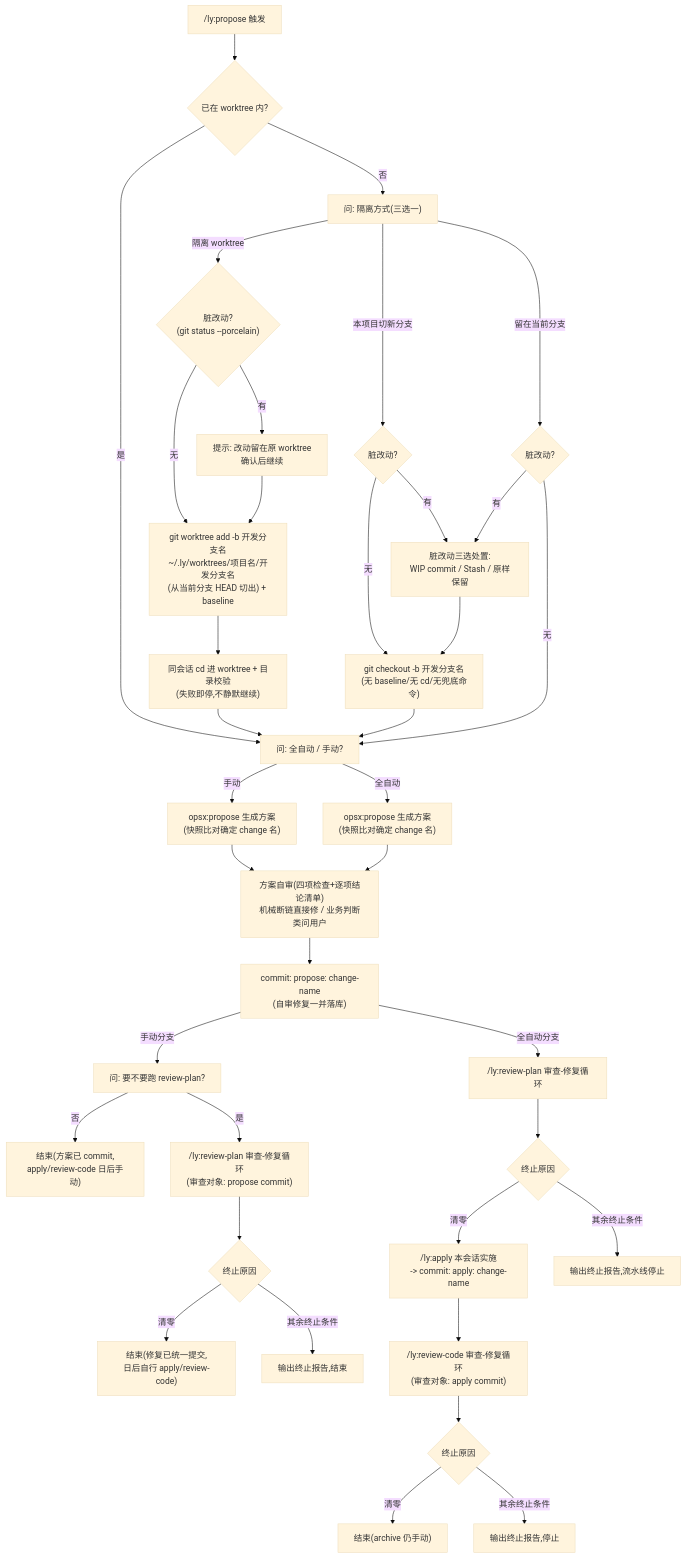
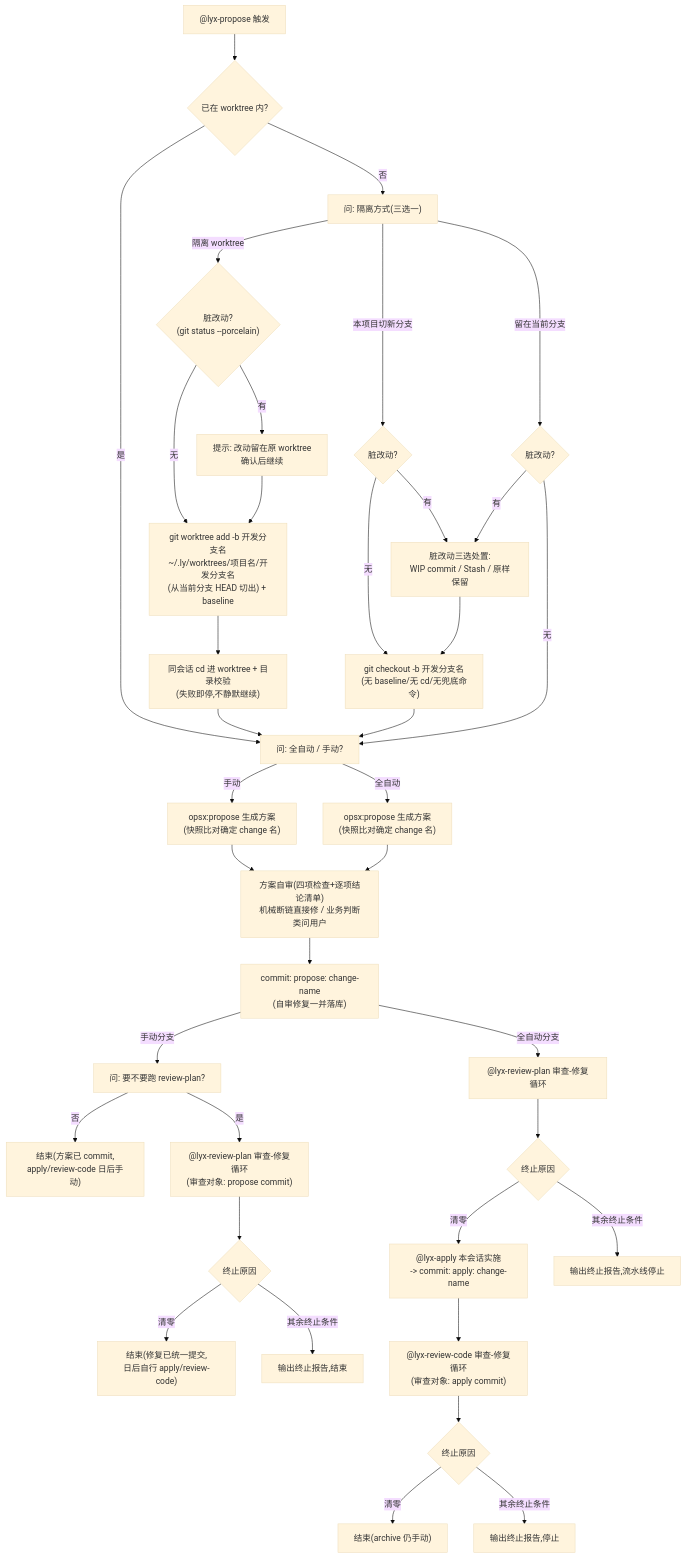
One commit to FE-runner/ly-workflow-codex changed the first of 3 diagrams in workflow.md. Above: the diagram before and after it, drawn with Mermaid (base theme). The commit also changed other lines of this file and 47 other files, not shown here.

````diff
--- a/workflow.md
+++ b/workflow.md
@@ -7,43 +7,43 @@
 ```mermaid
 flowchart TD
-    Start["/ly:propose 触发"] --> InWt{已在 worktree 内?}
+    Start["@lyx-propose 触发"] --> InWt{已在 worktree 内?}
     InWt -->|是| AskAuto["问: 全自动 / 手动?"]
     InWt -->|否| AskIso["问: 隔离方式(三选一)"]
     AskIso -->|隔离 worktree| WtDirty{"脏改动?<br/>(git status --porcelain)"}
     WtDirty -->|有| WtHint["提示: 改动留在原 worktree<br/>确认后继续"]
     WtDirty -->|无| WtCreate
     WtHint --> WtCreate["git worktree add -b 开发分支名<br/>~/.ly/worktrees/项目名/开发分支名<br/>(从当前分支 HEAD 切出) + baseline"]
     WtCreate --> WtCd["同会话 cd 进 worktree + 目录校验<br/>(失败即停,不静默继续)"]
     WtCd --> AskAuto
     AskIso -->|本项目切新分支| Dirty1{"脏改动?"}
     Dirty1 -->|有| Disp["脏改动三选处置:<br/>WIP commit / Stash / 原样保留"]
     Dirty1 -->|无| Branch
     Disp --> Branch["git checkout -b 开发分支名<br/>(无 baseline/无 cd/无兜底命令)"]
     Branch --> AskAuto
     AskIso -->|留在当前分支| Dirty2{"脏改动?"}
     Dirty2 -->|有| Disp
     Dirty2 -->|无| AskAuto
 
     AskAuto -->|手动| M1["opsx:propose 生成方案<br/>(快照比对确定 change 名)"]
     AskAuto -->|全自动| A1["opsx:propose 生成方案<br/>(快照比对确定 change 名)"]
 
     M1 --> SelfReview["方案自审(四项检查+逐项结论清单)<br/>机械断链直接修 / 业务判断类问用户"]
     A1 --> SelfReview
     SelfReview --> Commit["commit: propose: change-name<br/>(自审修复一并落库)"]
 
     Commit -->|手动分支| C3["问: 要不要跑 review-plan?"]
     C3 -->|否| C4["结束(方案已 commit,<br/>apply/review-code 日后手动)"]
-    C3 -->|是| C5["/ly:review-plan 审查-修复循环<br/>(审查对象: propose commit)"]
+    C3 -->|是| C5["@lyx-review-plan 审查-修复循环<br/>(审查对象: propose commit)"]
     C5 --> C6{终止原因}
     C6 -->|清零| C7["结束(修复已统一提交,<br/>日后自行 apply/review-code)"]
     C6 -->|其余终止条件| C8["输出终止报告,结束"]
 
-    Commit -->|全自动分支| B1["/ly:review-plan 审查-修复循环"]
+    Commit -->|全自动分支| B1["@lyx-review-plan 审查-修复循环"]
     B1 --> B2{终止原因}
-    B2 -->|清零| BApply["/ly:apply 本会话实施<br/>-> commit: apply: change-name"]
+    B2 -->|清零| BApply["@lyx-apply 本会话实施<br/>-> commit: apply: change-name"]
     B2 -->|其余终止条件| B6["输出终止报告,流水线停止"]
-    BApply --> BCode["/ly:review-code 审查-修复循环<br/>(审查对象: apply commit)"]
+    BApply --> BCode["@lyx-review-code 审查-修复循环<br/>(审查对象: apply commit)"]
     BCode --> B5{终止原因}
     B5 -->|清零| B7["结束(archive 仍手动)"]
     B5 -->|其余终止条件| B8["输出终止报告,停止"]
 ```
````
